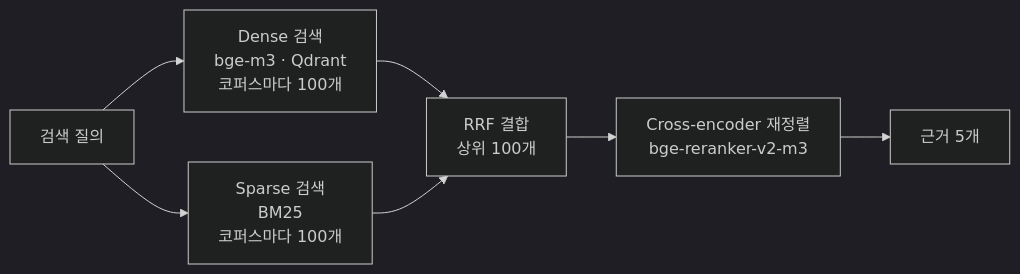
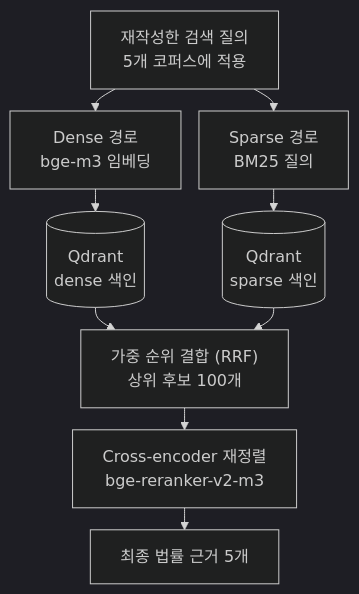
Before and after one commit to Fulish0707/LegalAssistant: the third of 3 diagrams in README.md, drawn with Mermaid (dark theme). The commit also changed other lines of this file and 24 other files, not shown here.

```diff
--- a/README.md
+++ b/README.md
@@ -121,9 +170,13 @@
 ~~~mermaid
-flowchart LR
-    Q["검색 질의"] --> D["Dense 검색<br/>bge-m3 · Qdrant<br/>코퍼스마다 100개"]
-    Q --> S["Sparse 검색<br/>BM25<br/>코퍼스마다 100개"]
-    D --> F["RRF 결합<br/>상위 100개"]
-    S --> F
-    F --> X["Cross-encoder 재정렬<br/>bge-reranker-v2-m3"]
-    X --> E["근거 5개"]
+%%{init: {"flowchart": {"nodeSpacing": 18, "rankSpacing": 22, "diagramPadding": 4}}}%%
+flowchart TB
+    Queries["재작성한 검색 질의<br/>5개 코퍼스에 적용"]
+    Queries --> Embed["Dense 경로<br/>bge-m3 임베딩"]
+    Embed --> DenseIndex[("Qdrant<br/>dense 색인")]
+    Queries --> BM25["Sparse 경로<br/>BM25 질의"]
+    BM25 --> SparseIndex[("Qdrant<br/>sparse 색인")]
+    DenseIndex --> RRF["가중 순위 결합 (RRF)<br/>상위 후보 100개"]
+    SparseIndex --> RRF
+    RRF --> Rerank["Cross-encoder 재정렬<br/>bge-reranker-v2-m3"]
+    Rerank --> Evidence["최종 법률 근거 5개"]
 ~~~
```
